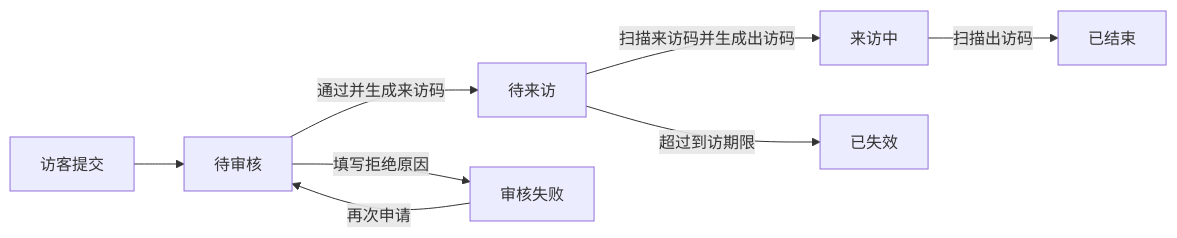
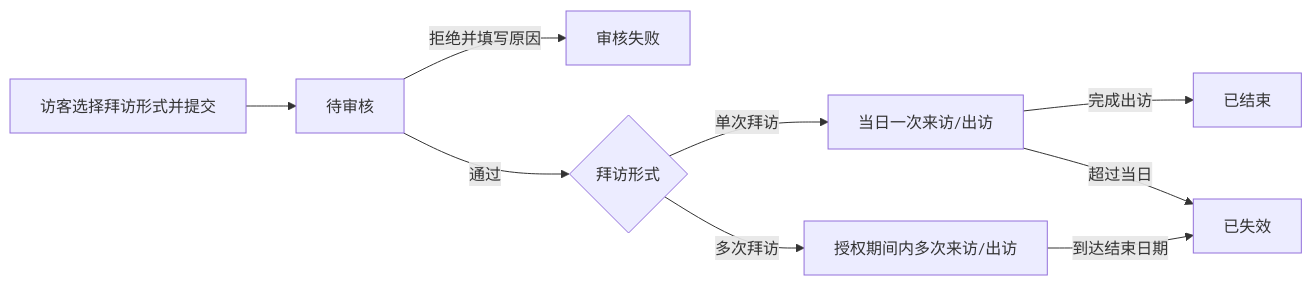
The diagram in 一期功能范围与前台映射.md (tangxiaochen755-droid/visitor-phase1-prototype), drawn with Mermaid before and after one commit. The commit also changed other lines of this file and 1 other file, not shown here.

````diff
--- a/一期功能范围与前台映射.md
+++ b/一期功能范围与前台映射.md
@@ -68,10 +69,11 @@
 ```mermaid
 flowchart LR
-    A["访客提交"] --> B["待审核"]
-    B -->|通过并生成来访码| C["待来访"]
-    B -->|填写拒绝原因| D["审核失败"]
-    D -->|再次申请| B
-    C -->|扫描来访码并生成出访码| E["来访中"]
-    C -->|超过到访期限| F["已失效"]
-    E -->|扫描出访码| G["已结束"]
+    A["访客选择拜访形式并提交"] --> B["待审核"]
+    B -->|拒绝并填写原因| C["审核失败"]
+    B -->|通过| D{"拜访形式"}
+    D -->|单次拜访| E["当日一次来访/出访"]
+    E -->|完成出访| F["已结束"]
+    E -->|超过当日| G["已失效"]
+    D -->|多次拜访| H["授权期间内多次来访/出访"]
+    H -->|到达结束日期| G
 ```
````
